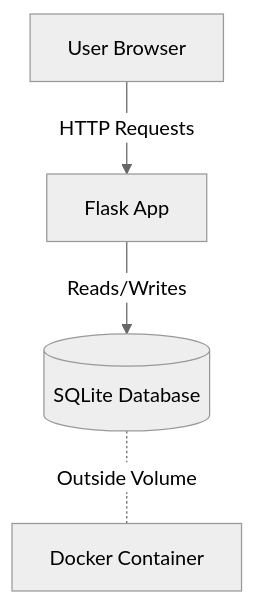
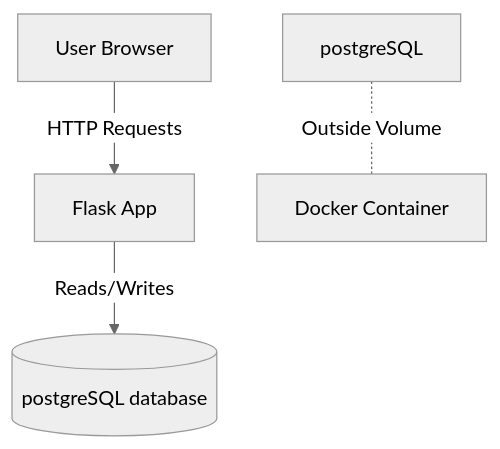
Before and after one commit to guru-sevak-singh/first-flask: the diagram in README.md, drawn with Mermaid (neutral theme). The commit also changed other lines of this file and 5 other files, not shown here.

Commit message:
add  postgreSQL Database with the app and container

````diff
--- a/README.md
+++ b/README.md
@@ -38,6 +40,6 @@
 ```mermaid
 graph TD;
     User[User Browser] -->|HTTP Requests| Flask[Flask App];
-    Flask -->|Reads/Writes| SQLite[(SQLite Database)];
-    SQLite -. Outside Volume .- Docker[Docker Container];
+    Flask -->|Reads/Writes| SQLite[(postgreSQL database)];
+    postgreSQL -. Outside Volume .- Docker[Docker Container];
 ```
````
